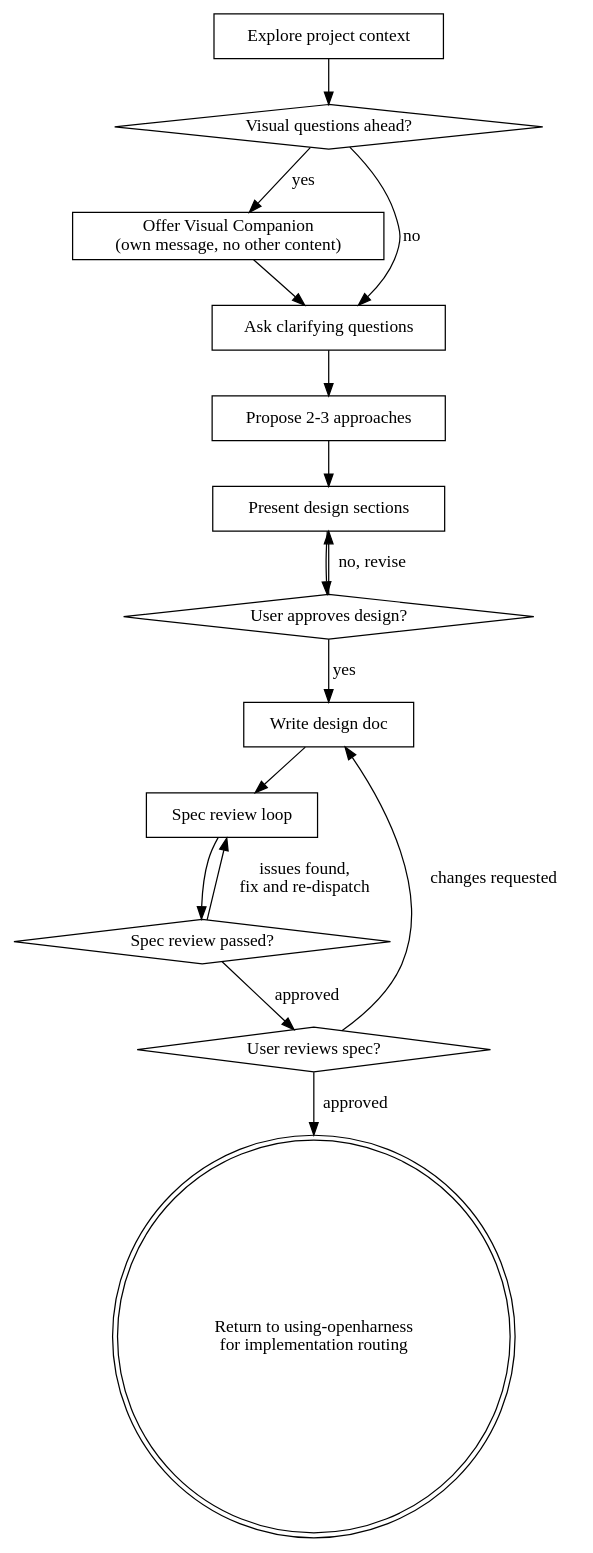
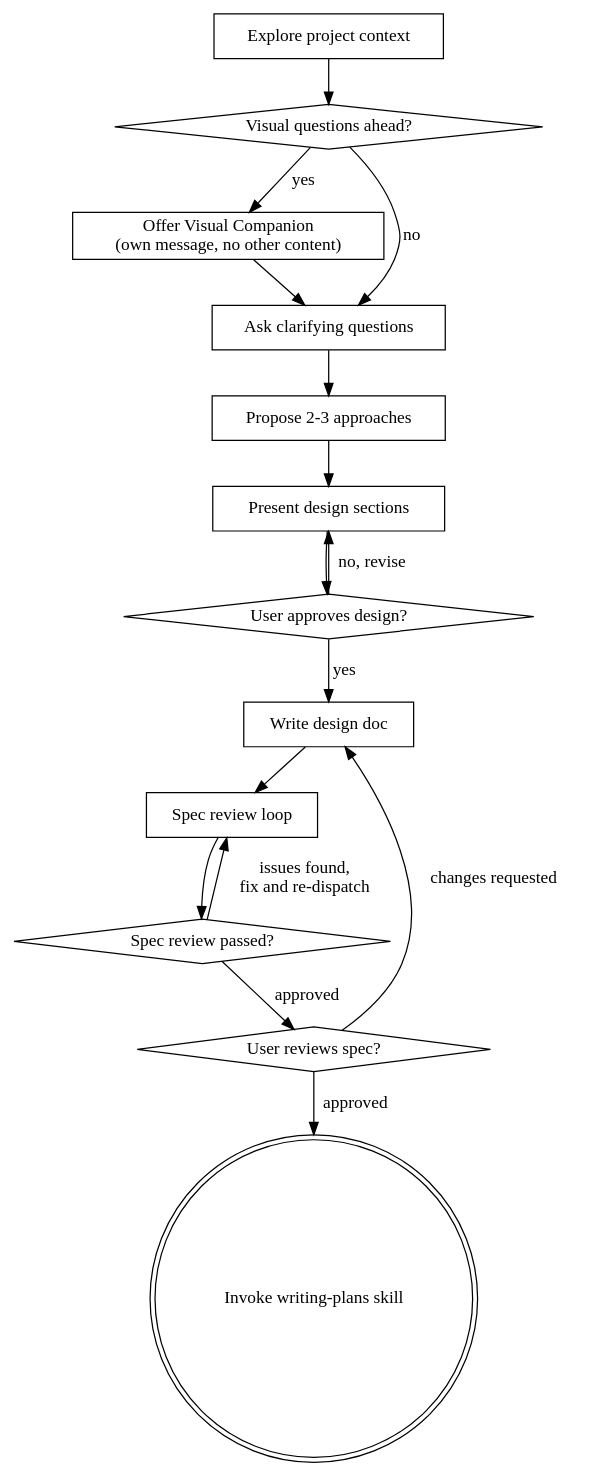
One commit to Krual-T/OpenHarness changed the diagram in skills/brainstorming/SKILL.md. Above: the diagram before and after it, drawn with Graphviz. The commit also changed other lines of this file and 1 other file, not shown here.

Commit message:
refine brainstorming handoff to writing-plans

````diff
--- a/skills/brainstorming/SKILL.md
+++ b/skills/brainstorming/SKILL.md
@@ -39,32 +39,32 @@
 ```dot
 digraph brainstorming {
     "Explore project context" [shape=box];
     "Visual questions ahead?" [shape=diamond];
     "Offer Visual Companion\n(own message, no other content)" [shape=box];
     "Ask clarifying questions" [shape=box];
     "Propose 2-3 approaches" [shape=box];
     "Present design sections" [shape=box];
     "User approves design?" [shape=diamond];
     "Write design doc" [shape=box];
     "Spec review loop" [shape=box];
     "Spec review passed?" [shape=diamond];
     "User reviews spec?" [shape=diamond];
-    "Return to using-openharness\nfor implementation routing" [shape=doublecircle];
+    "Invoke writing-plans skill" [shape=doublecircle];
 
     "Explore project context" -> "Visual questions ahead?";
     "Visual questions ahead?" -> "Offer Visual Companion\n(own message, no other content)" [label="yes"];
     "Visual questions ahead?" -> "Ask clarifying questions" [label="no"];
     "Offer Visual Companion\n(own message, no other content)" -> "Ask clarifying questions";
     "Ask clarifying questions" -> "Propose 2-3 approaches";
     "Propose 2-3 approaches" -> "Present design sections";
     "Present design sections" -> "User approves design?";
     "User approves design?" -> "Present design sections" [label="no, revise"];
     "User approves design?" -> "Write design doc" [label="yes"];
     "Write design doc" -> "Spec review loop";
     "Spec review loop" -> "Spec review passed?";
     "Spec review passed?" -> "Spec review loop" [label="issues found,\nfix and re-dispatch"];
     "Spec review passed?" -> "User reviews spec?" [label="approved"];
     "User reviews spec?" -> "Write design doc" [label="changes requested"];
-    "User reviews spec?" -> "Return to using-openharness\nfor implementation routing" [label="approved"];
+    "User reviews spec?" -> "Invoke writing-plans skill" [label="approved"];
 }
 ```
````
